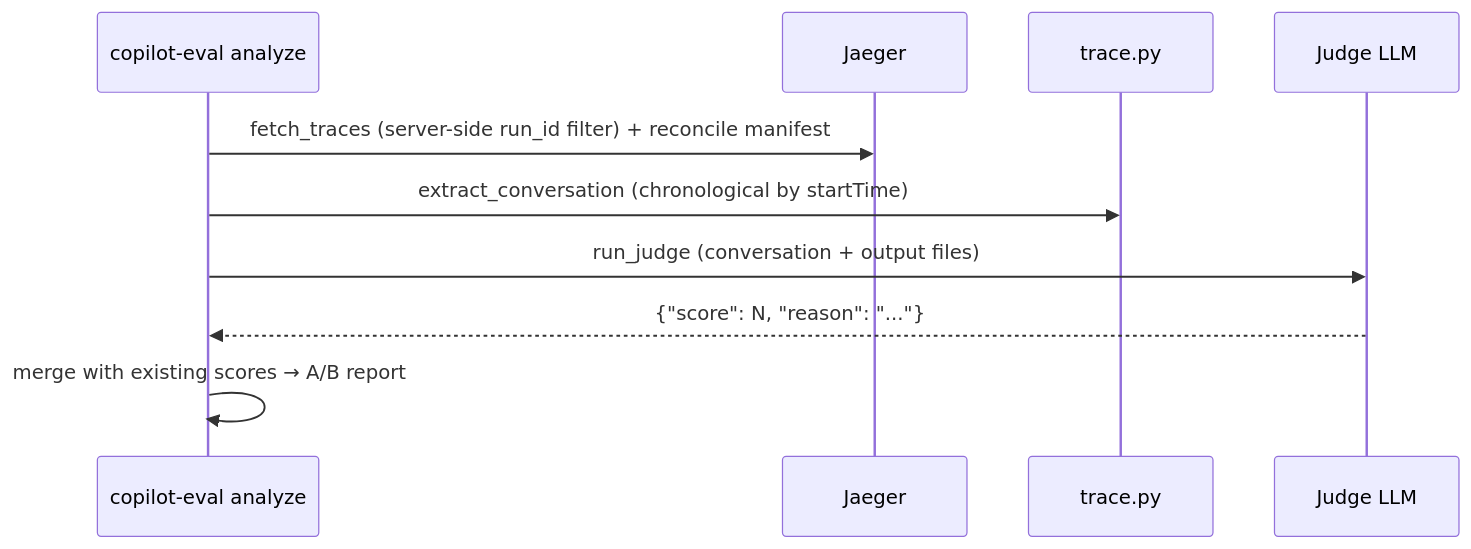
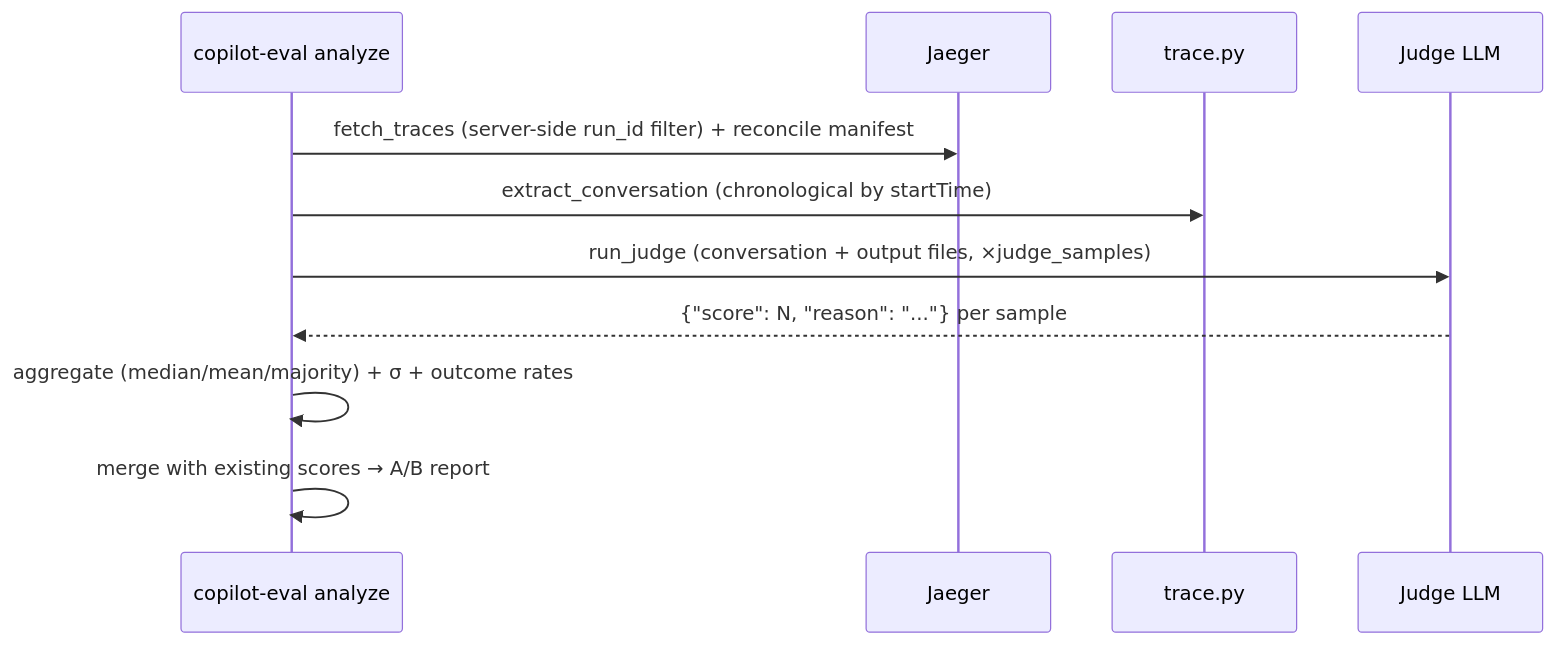
The second of 2 diagrams in docs/architecture.md (openjny/copilot-eval), drawn with Mermaid before and after one commit. The commit also changed 13 other files, not shown here.

````diff
--- a/docs/architecture.md
+++ b/docs/architecture.md
@@ -65,13 +65,14 @@
 ```mermaid
 sequenceDiagram
     participant CLI as copilot-eval analyze
     participant Jaeger as Jaeger
     participant Trace as trace.py
     participant Judge as Judge LLM
 
     CLI->>Jaeger: fetch_traces (server-side run_id filter) + reconcile manifest
     CLI->>Trace: extract_conversation (chronological by startTime)
-    CLI->>Judge: run_judge (conversation + output files)
-    Judge-->>CLI: {"score": N, "reason": "..."}
+    CLI->>Judge: run_judge (conversation + output files, ×judge_samples)
+    Judge-->>CLI: {"score": N, "reason": "..."} per sample
+    CLI->>CLI: aggregate (median/mean/majority) + σ + outcome rates
     CLI->>CLI: merge with existing scores → A/B report
 ```
````
